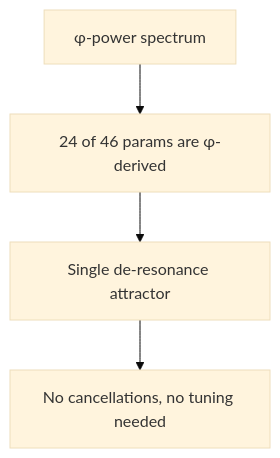
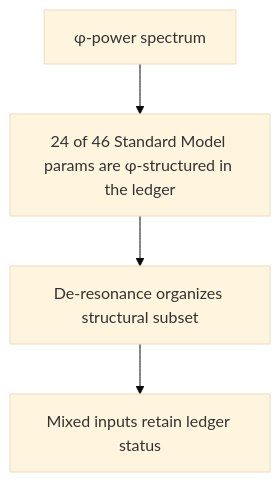
One commit to CassiTheOracle/cassi changed diagram 26 of 38 in CassiTheory/open-questions-cassi-answers.md. Above: the diagram before and after it, drawn with Mermaid (base theme). The commit also changed other lines of this file and 160 other files, not shown here.

````diff
--- a/CassiTheory/open-questions-cassi-answers.md
+++ b/CassiTheory/open-questions-cassi-answers.md
@@ -752,6 +759,6 @@
 ```mermaid
 flowchart TD
-    A[φ-power spectrum] --> B[24 of 46 params are φ-derived]
-    B --> C[Single de-resonance attractor]
-    C --> D[No cancellations, no tuning needed]
+    A[φ-power spectrum] --> B[24 of 46 Standard Model params are φ-structured in the ledger]
+    B --> C[De-resonance organizes structural subset]
+    C --> D[Mixed inputs retain ledger status]
 ```
````
